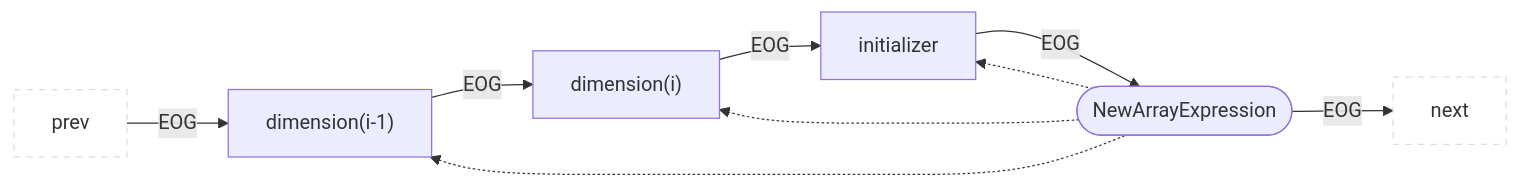
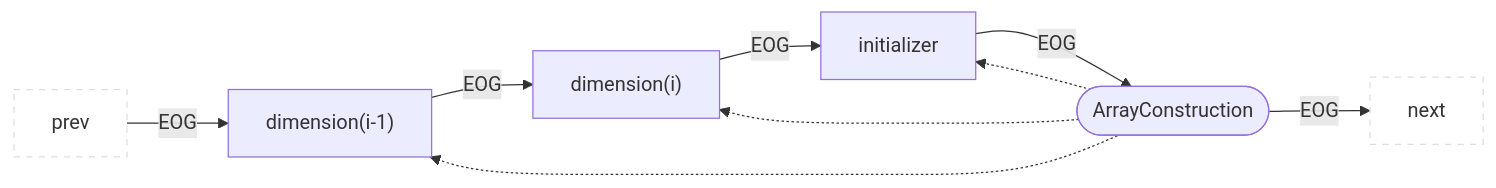
One commit to Fraunhofer-AISEC/cpg changed the ninth of 49 diagrams in docs/docs/CPG/specs/eog.md. Above: the diagram before and after it, drawn with Mermaid. The commit also changed other lines of this file and 403 other files, not shown here.

````diff
--- a/docs/docs/CPG/specs/eog.md
+++ b/docs/docs/CPG/specs/eog.md
@@ -199,12 +199,12 @@
 ```mermaid
 flowchart LR
   classDef outer fill:#fff,stroke:#ddd,stroke-dasharray:5 5;
   prev:::outer --EOG--> child1["dimension(i-1)"]
   child1 --EOG--> child2["dimension(i)"]
   child2 --EOG--> initializer
-  parent(["NewArrayExpression"]) --EOG--> next:::outer
+  parent(["ArrayConstruction"]) --EOG--> next:::outer
   parent -.-> child1
   parent -.-> child2
   parent -.-> initializer
   initializer --EOG--> parent
 ```
````
